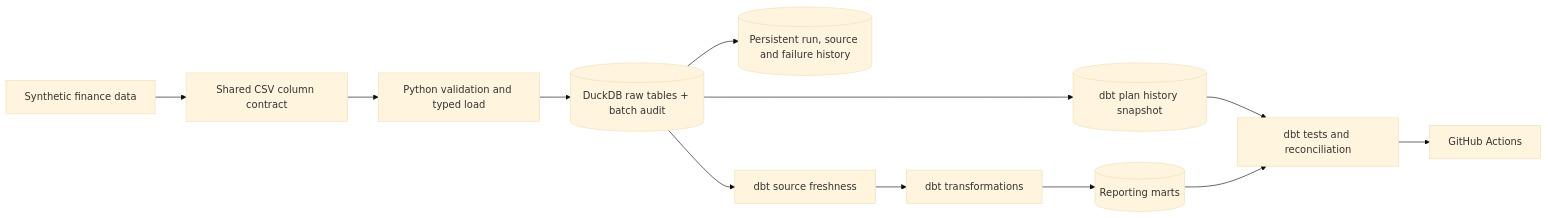
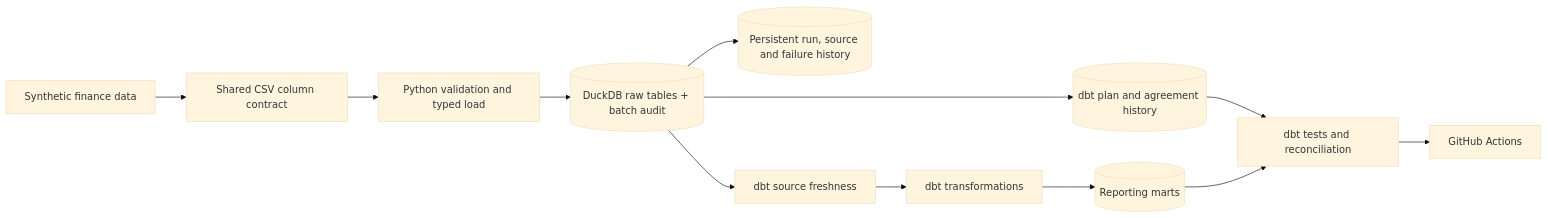
The diagram in README.md (Wasim-Jussab/finance-analytics-engineering-portfolio), drawn with Mermaid (base theme) before and after one commit. The commit also changed other lines of this file, not shown here.

Commit message:
Day 22: publish agreement history results

````diff
--- a/README.md
+++ b/README.md
@@ -11,14 +11,14 @@
 ```mermaid
 flowchart LR
     A["Synthetic finance data"] --> B["Shared CSV column contract"]
     B --> C["Python validation and typed load"]
     C --> J[("DuckDB raw tables + batch audit")]
     J --> I[("Persistent run, source and failure history")]
     J --> H["dbt source freshness"]
-    J --> K[("dbt plan history snapshot")]
+    J --> K[("dbt plan and agreement history")]
     H --> D["dbt transformations"]
     D --> E[("Reporting marts")]
     K --> F["dbt tests and reconciliation"]
     E --> F["dbt tests and reconciliation"]
     F --> G["GitHub Actions"]
 ```
````
